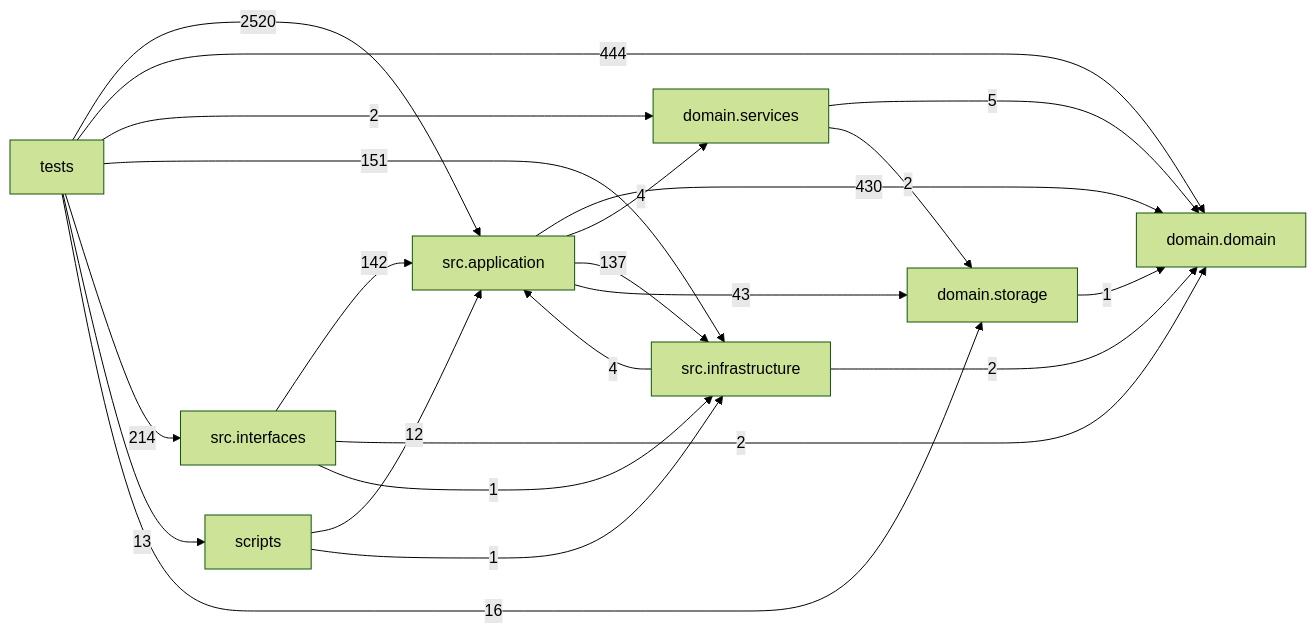
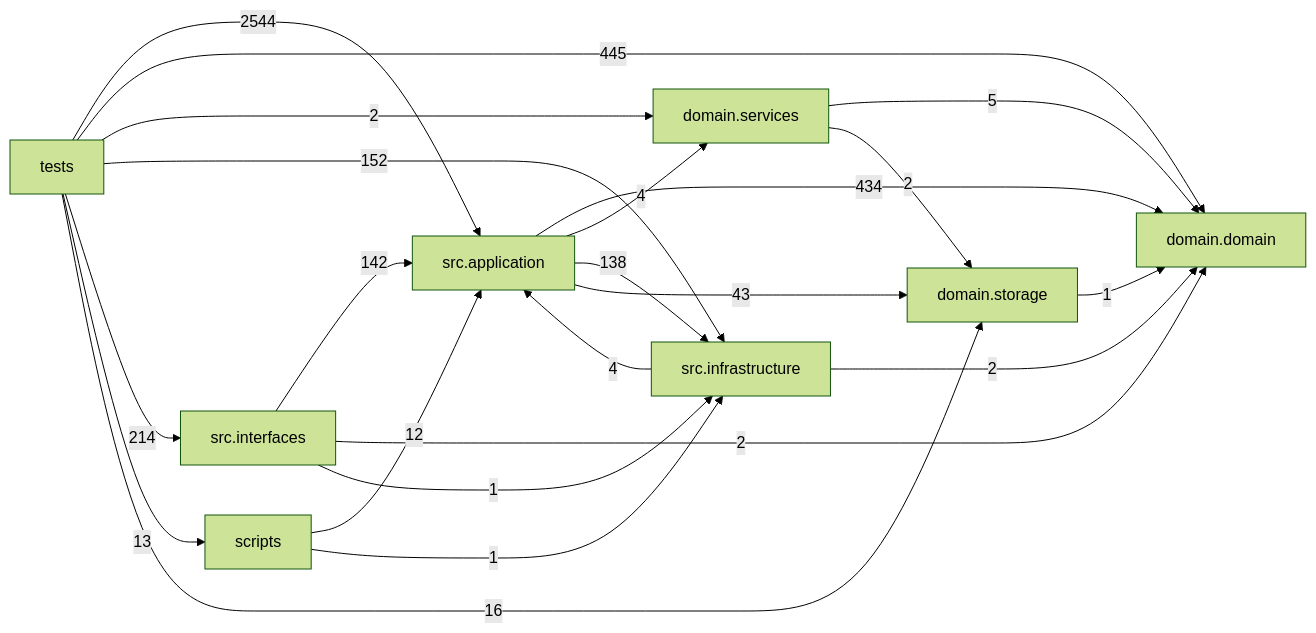
Before and after one commit to liuxie066/options-monitor: the diagram in docs/DEPENDENCY_GRAPH.md, drawn with Mermaid (forest theme). The commit also changed other lines of this file and 11 other files, not shown here.

````diff
--- a/docs/DEPENDENCY_GRAPH.md
+++ b/docs/DEPENDENCY_GRAPH.md
@@ -24,32 +24,32 @@
 ```mermaid
 flowchart LR
   tests["tests"]
   scripts["scripts"]
   interfaces["src.interfaces"]
   application["src.application"]
   infrastructure["src.infrastructure"]
   domain_services["domain.services"]
   domain["domain.domain"]
   storage["domain.storage"]
-  application -->|430| domain
+  application -->|434| domain
   application -->|4| domain_services
-  application -->|137| infrastructure
+  application -->|138| infrastructure
   application -->|43| storage
   domain_services -->|5| domain
   domain_services -->|2| storage
   infrastructure -->|4| application
   infrastructure -->|2| domain
   interfaces -->|142| application
   interfaces -->|2| domain
   interfaces -->|1| infrastructure
   scripts -->|12| application
   scripts -->|1| infrastructure
   storage -->|1| domain
-  tests -->|2520| application
-  tests -->|444| domain
+  tests -->|2544| application
+  tests -->|445| domain
   tests -->|2| domain_services
-  tests -->|151| infrastructure
+  tests -->|152| infrastructure
   tests -->|214| interfaces
   tests -->|13| scripts
   tests -->|16| storage
 ```
````
